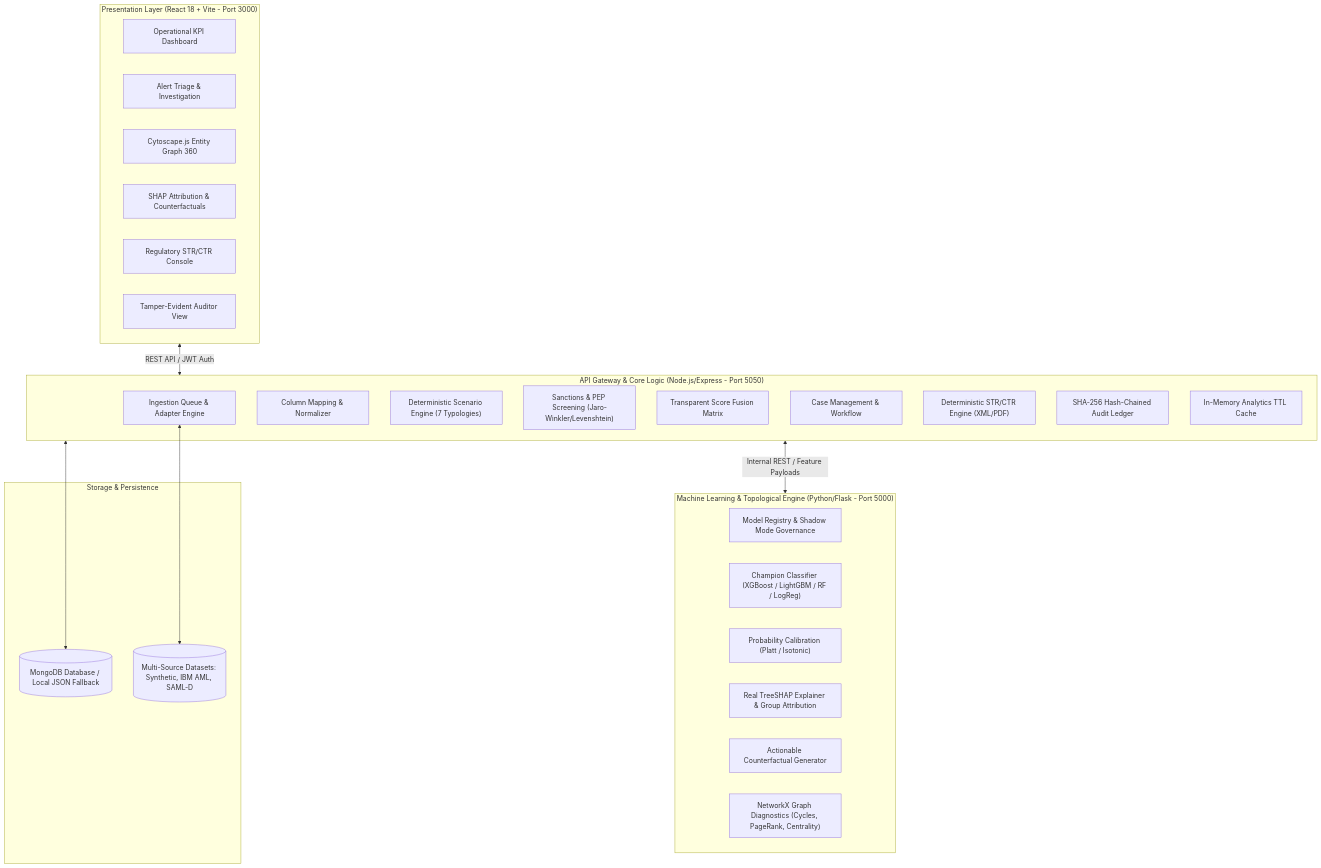
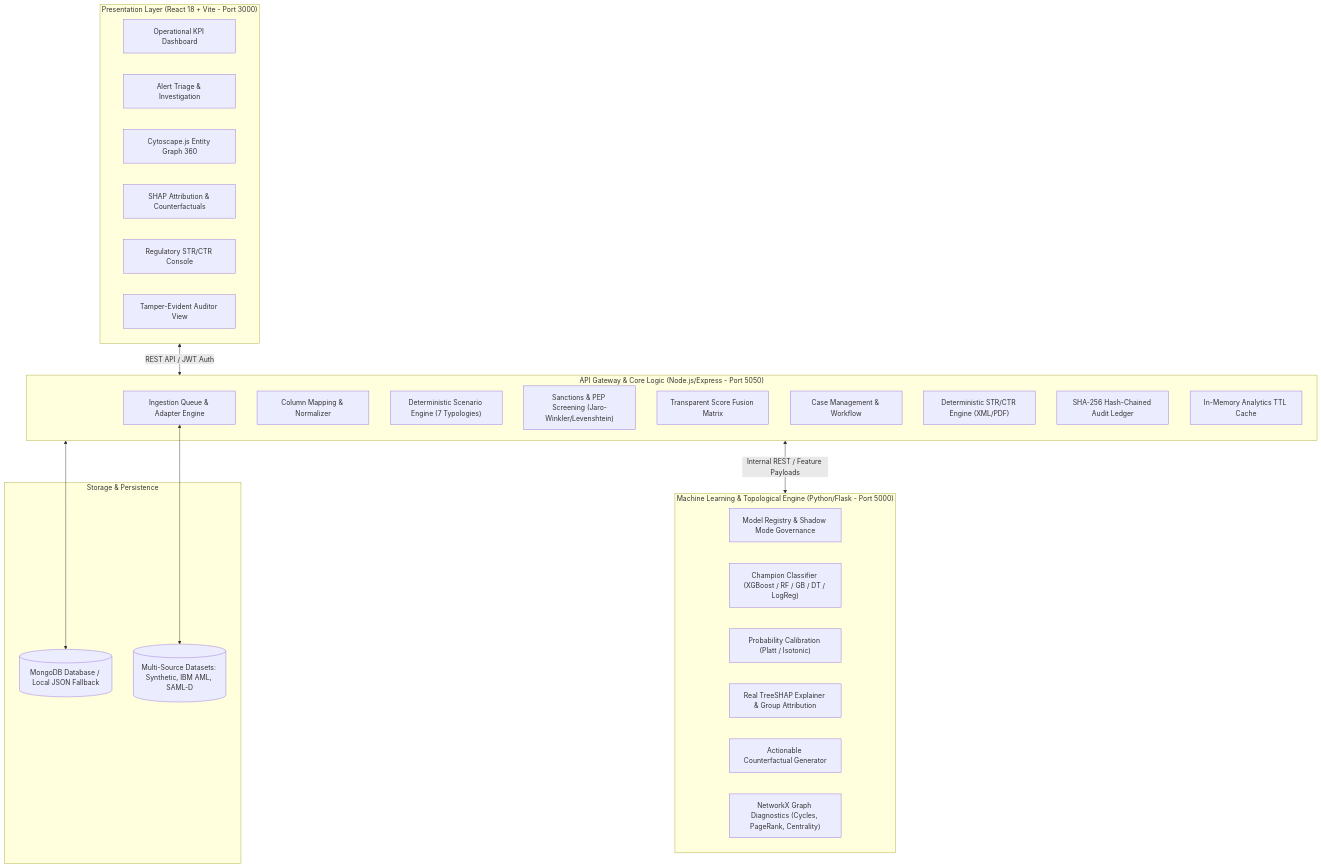
One commit to ganeshsargar/xai-aml-monitoring-system changed the first of 2 diagrams in README.md. Above: the diagram before and after it, drawn with Mermaid. The commit also changed 40 other files, not shown here.

````diff
--- a/README.md
+++ b/README.md
@@ -14,42 +14,42 @@
 ```mermaid
 flowchart TB
     subgraph UI ["Presentation Layer (React 18 + Vite - Port 3000)"]
         DASH["Operational KPI Dashboard"]
         TRIAGE["Alert Triage & Investigation"]
         CYTO["Cytoscape.js Entity Graph 360"]
         SHAP_UI["SHAP Attribution & Counterfactuals"]
         REG_UI["Regulatory STR/CTR Console"]
         AUDIT_UI["Tamper-Evident Auditor View"]
     end
 
     subgraph GATEWAY ["API Gateway & Core Logic (Node.js/Express - Port 5050)"]
         INGEST["Ingestion Queue & Adapter Engine"]
         MAPPER["Column Mapping & Normalizer"]
         SCENARIO["Deterministic Scenario Engine (7 Typologies)"]
         SCREENING["Sanctions & PEP Screening (Jaro-Winkler/Levenshtein)"]
         FUSION["Transparent Score Fusion Matrix"]
         CASE_MGR["Case Management & Workflow"]
         REG_SRV["Deterministic STR/CTR Engine (XML/PDF)"]
         AUDIT_CHAIN["SHA-256 Hash-Chained Audit Ledger"]
         CACHE["In-Memory Analytics TTL Cache"]
     end
 
     subgraph ML_TIER ["Machine Learning & Topological Engine (Python/Flask - Port 5000)"]
         REGISTRY["Model Registry & Shadow Mode Governance"]
-        CHAMPION["Champion Classifier (XGBoost / LightGBM / RF / LogReg)"]
+        CHAMPION["Champion Classifier (XGBoost / RF / GB / DT / LogReg)"]
         CALIBRATION["Probability Calibration (Platt / Isotonic)"]
         SHAP_CORE["Real TreeSHAP Explainer & Group Attribution"]
         CF_ENGINE["Actionable Counterfactual Generator"]
         GRAPH_ENGINE["NetworkX Graph Diagnostics (Cycles, PageRank, Centrality)"]
     end
 
     subgraph DATA_TIER ["Storage & Persistence"]
         DB[(MongoDB Database / Local JSON Fallback)]
         DATASETS[(Multi-Source Datasets: Synthetic, IBM AML, SAML-D)]
     end
 
     UI <--> |REST API / JWT Auth| GATEWAY
     GATEWAY <--> |Internal REST / Feature Payloads| ML_TIER
     GATEWAY <--> DB
     INGEST <--> DATASETS
 ```
````
